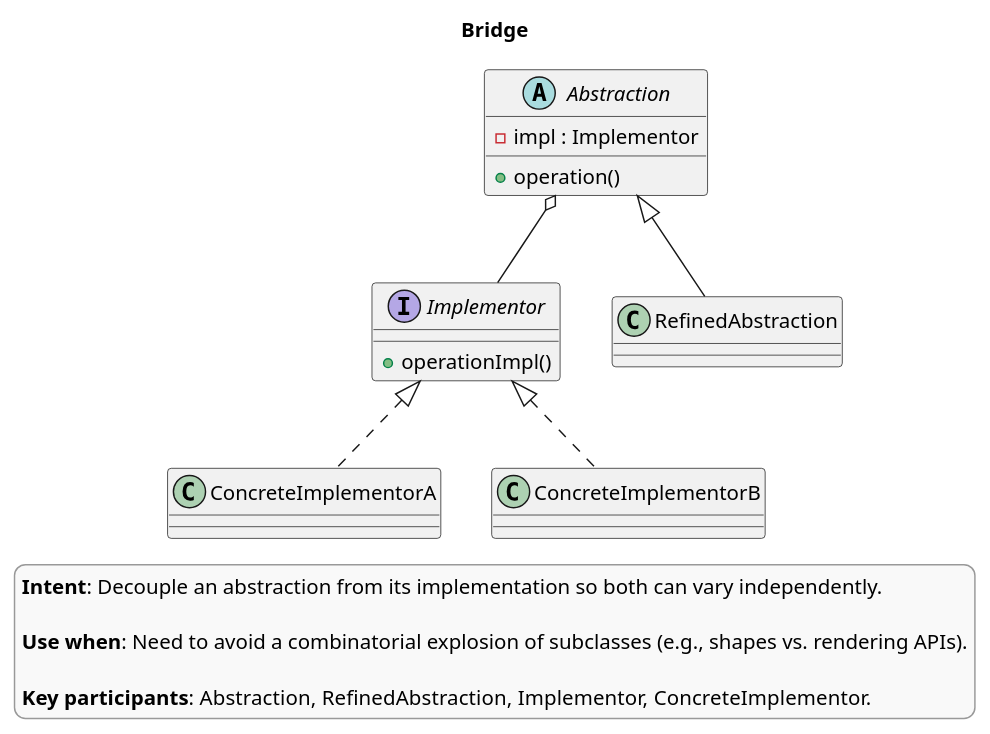
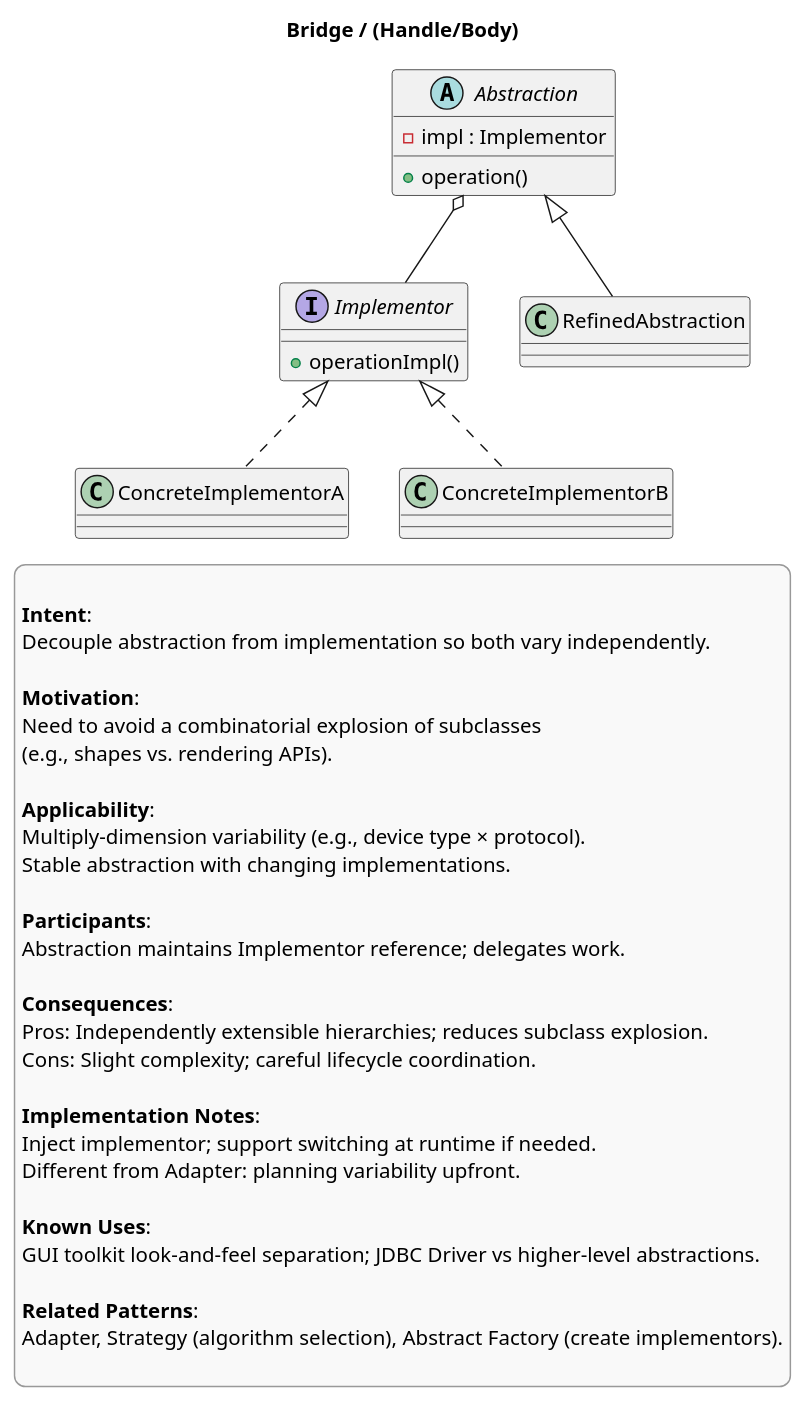
The diagram in theory/structural/bridge.puml (AkselErenberk/design-patterns), drawn with PlantUML before and after one commit. The commit also changed 26 other files, not shown here.

Commit message:
design pattern class diagrams

```diff
--- a/theory/structural/bridge.puml
+++ b/theory/structural/bridge.puml
@@ -1,32 +1,56 @@
 @startuml
-title Bridge
+title Bridge / (Handle/Body)
 
 skinparam legendBackgroundColor #f9f9f9
 skinparam legendBorderColor #999999
 
 legend right
-**Intent**: Decouple an abstraction from its implementation so both can vary independently.
 
-**Use when**: Need to avoid a combinatorial explosion of subclasses (e.g., shapes vs. rendering APIs).
+**Intent**:
+Decouple abstraction from implementation so both vary independently.
 
-**Key participants**: Abstraction, RefinedAbstraction, Implementor, ConcreteImplementor.
+**Motivation**:
+Need to avoid a combinatorial explosion of subclasses
+(e.g., shapes vs. rendering APIs).
+
+**Applicability**:
+Multiply-dimension variability (e.g., device type × protocol).
+Stable abstraction with changing implementations.
+
+**Participants**:
+Abstraction maintains Implementor reference; delegates work.
+
+**Consequences**:
+Pros: Independently extensible hierarchies; reduces subclass explosion.
+Cons: Slight complexity; careful lifecycle coordination.
+
+**Implementation Notes**:
+Inject implementor; support switching at runtime if needed.
+Different from Adapter: planning variability upfront.
+
+**Known Uses**:
+GUI toolkit look-and-feel separation; JDBC Driver vs higher-level abstractions.
+
+**Related Patterns**:
+Adapter, Strategy (algorithm selection), Abstract Factory (create implementors).
+
 endlegend
 
 interface Implementor {
   +operationImpl()
 }
 
 class ConcreteImplementorA
 class ConcreteImplementorB
 Implementor <|.. ConcreteImplementorA
 Implementor <|.. ConcreteImplementorB
 
 abstract class Abstraction {
   -impl : Implementor
   +operation()
 }
 class RefinedAbstraction
 
 Abstraction <|-- RefinedAbstraction
 Abstraction o-- Implementor
 @enduml
```
